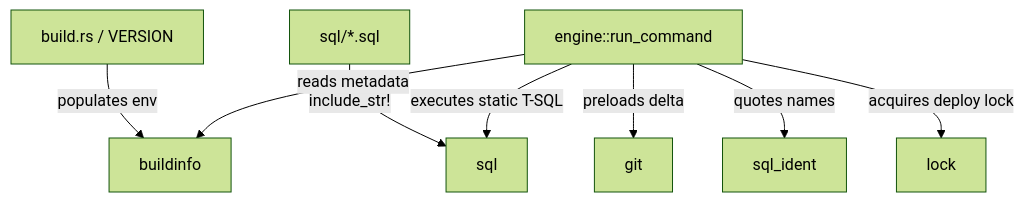
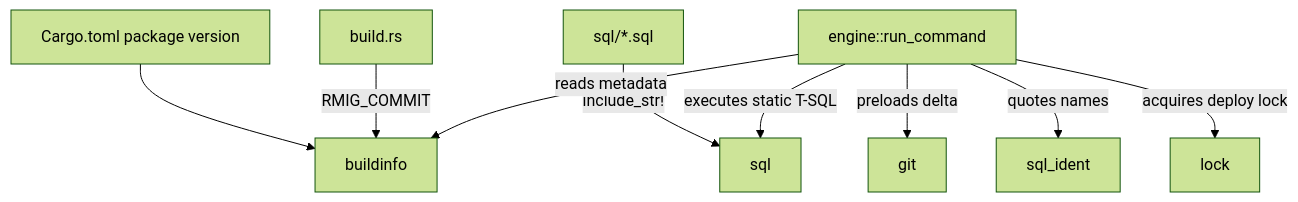
Before and after one commit to agredyaev/mssql-migrator: the diagram in docs/specs/rust/module-supporting.md, drawn with Mermaid (forest theme). The commit also changed other lines of this file and 31 other files, not shown here.

````diff
--- a/docs/specs/rust/module-supporting.md
+++ b/docs/specs/rust/module-supporting.md
@@ -27,10 +27,11 @@
 ```mermaid
 graph TD
-    Build[build.rs / VERSION] -->|populates env| BuildInfo[buildinfo]
+    Cargo[Cargo.toml package version] --> BuildInfo[buildinfo]
+    Build[build.rs] -->|RMIG_COMMIT| BuildInfo
     SQL[sql/*.sql] -->|include_str!| SqlMod[sql]
     Engine[engine::run_command] -->|reads metadata| BuildInfo
     Engine -->|preloads delta| Git[git]
     Engine -->|quotes names| SqlIdent[sql_ident]
     Engine -->|executes static T-SQL| SqlMod
     Engine -->|acquires deploy lock| Lock[lock]
 ```
````
